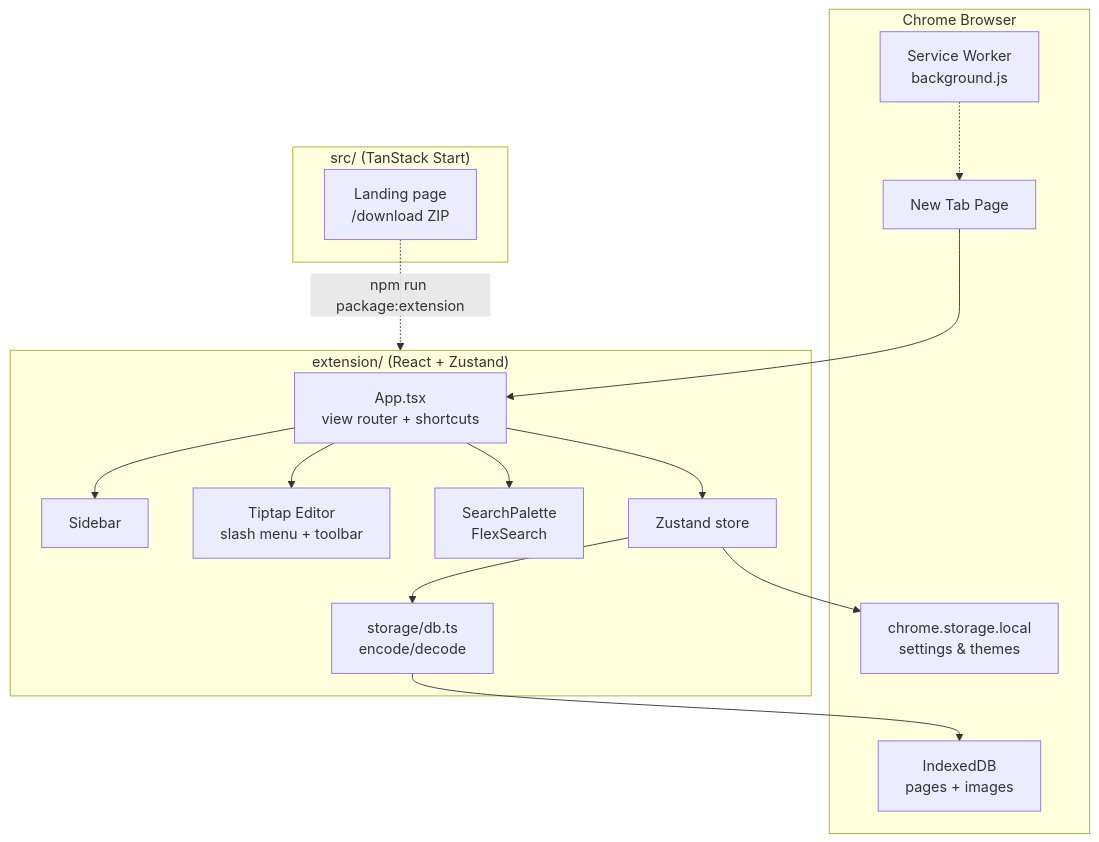
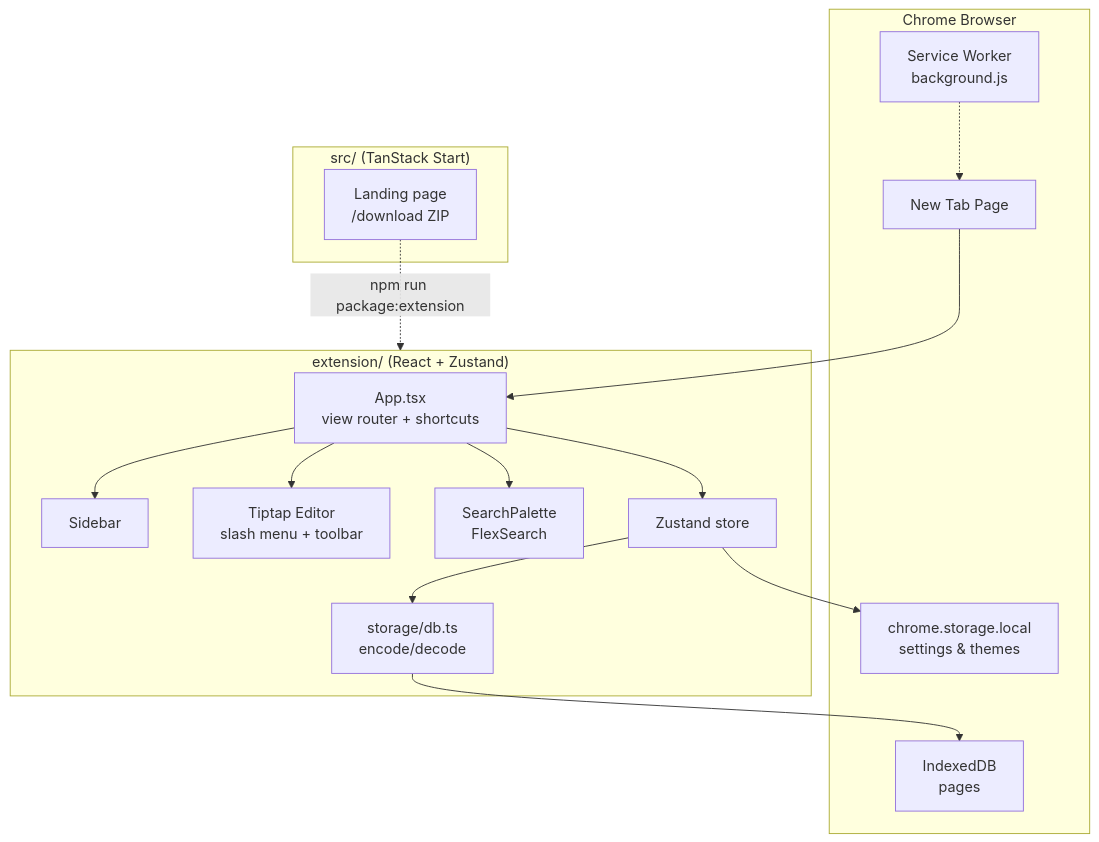
One commit to aryancodes-tech/my-memos changed the diagram in README.md. Above: the diagram before and after it, drawn with Mermaid. The commit also changed other lines of this file and 2 other files, not shown here.

````diff
--- a/README.md
+++ b/README.md
@@ -83,31 +83,31 @@
 ```mermaid
 flowchart TB
   subgraph Chrome["Chrome Browser"]
     NT["New Tab Page"]
     SW["Service Worker\nbackground.js"]
     CS["chrome.storage.local\nsettings & themes"]
-    IDB["IndexedDB\npages + images"]
+    IDB["IndexedDB\npages"]
   end
 
   subgraph Extension["extension/ (React + Zustand)"]
     App["App.tsx\nview router + shortcuts"]
     SB["Sidebar"]
     ED["Tiptap Editor\nslash menu + toolbar"]
     SP["SearchPalette\nFlexSearch"]
     Store["Zustand store"]
     DB["storage/db.ts\nencode/decode"]
   end
 
   subgraph Web["src/ (TanStack Start)"]
     LP["Landing page\n/download ZIP"]
   end
 
   NT --> App
   App --> SB & ED & SP
   App --> Store
   Store --> DB
   DB --> IDB
   Store --> CS
   SW -.-> NT
   LP -.->|"npm run package:extension"| Extension
 ```
````
